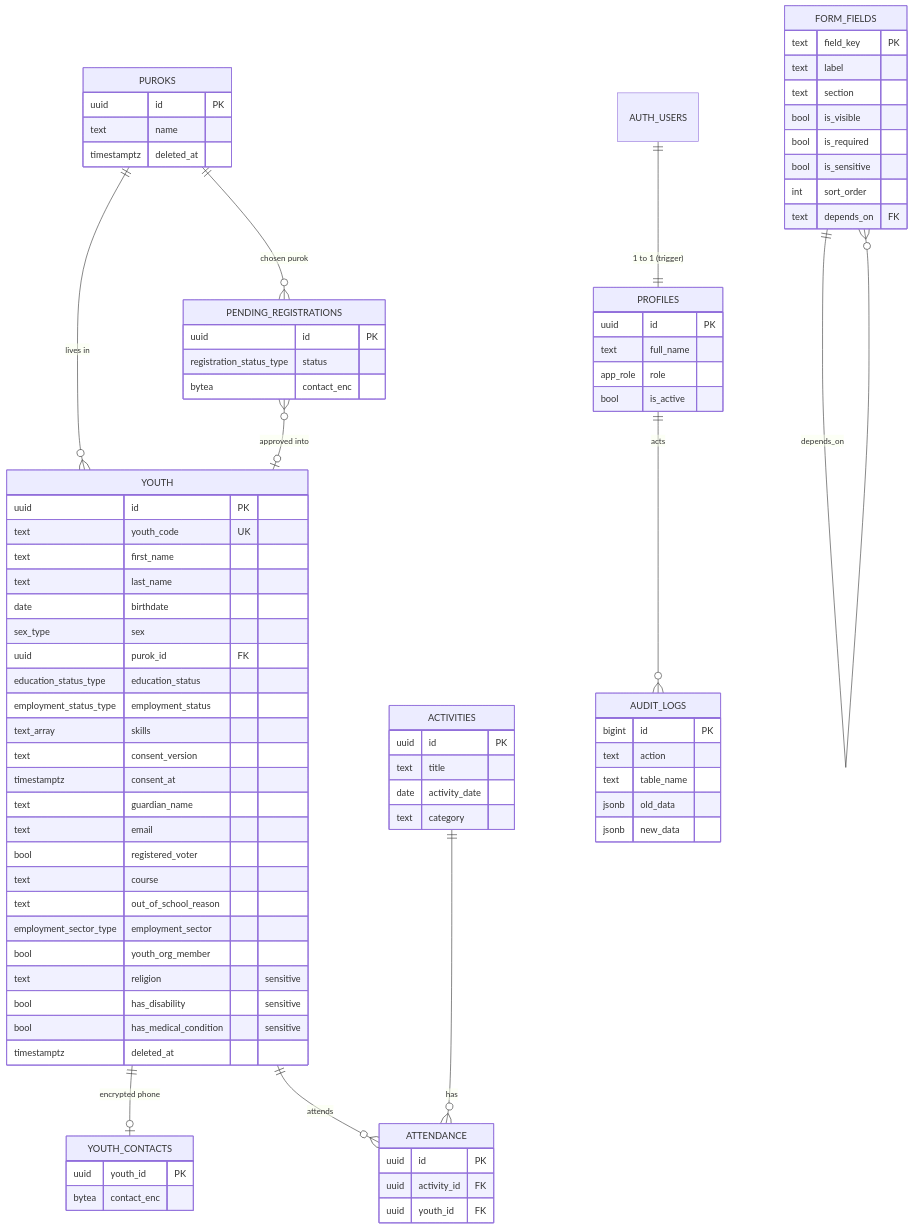
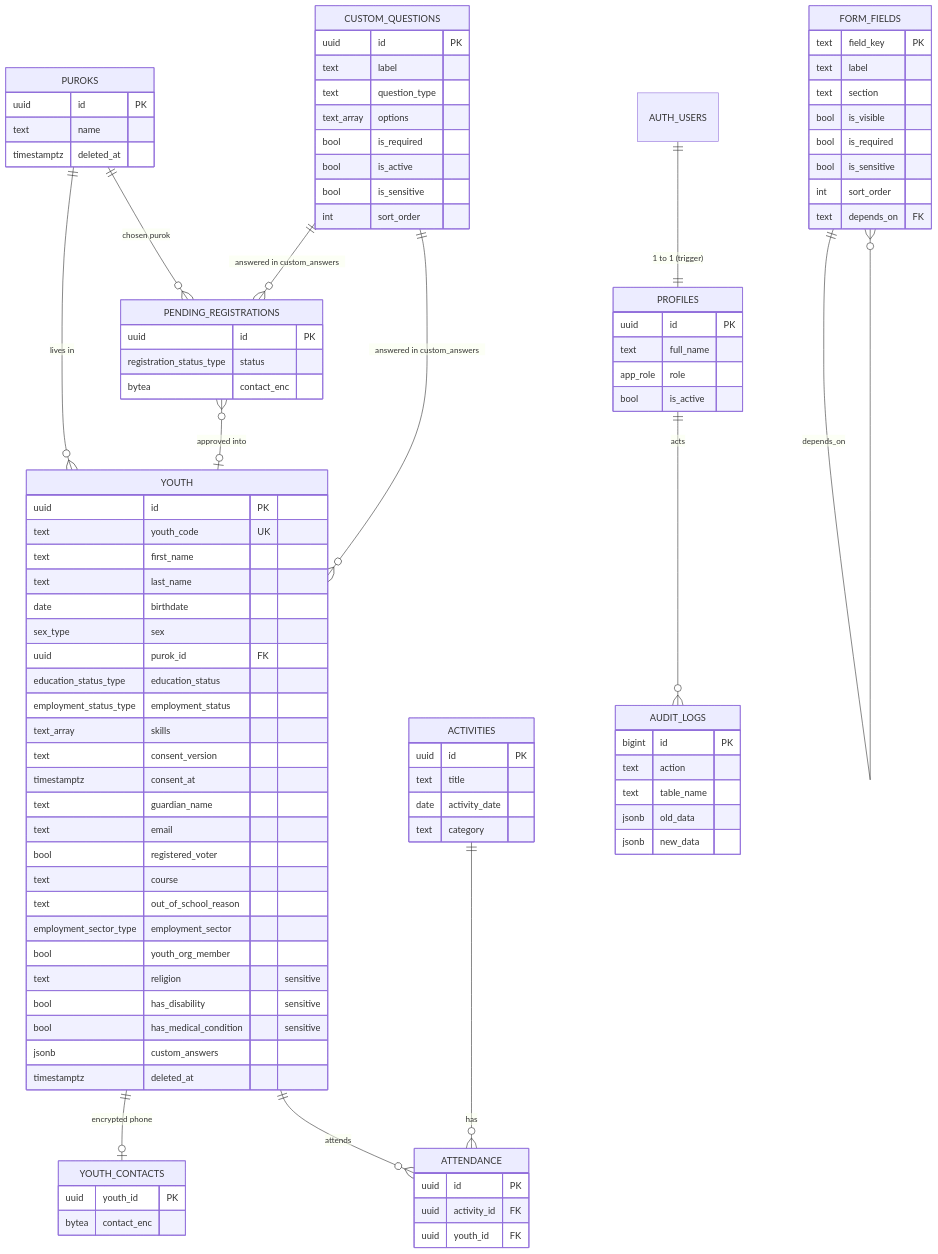
Before and after one commit to ginsemanero-alt/kk-youth: the diagram in docs/02-database-erd.md, drawn with Mermaid. The commit also changed other lines of this file and 24 other files, not shown here.

First line of the commit message:
Add Admin custom questions (Phase B)

````diff
--- a/docs/02-database-erd.md
+++ b/docs/02-database-erd.md
@@ -7,46 +7,50 @@
 ```mermaid
 erDiagram
   AUTH_USERS ||--|| PROFILES : "1 to 1 (trigger)"
   PUROKS ||--o{ YOUTH : "lives in"
   YOUTH ||--o| YOUTH_CONTACTS : "encrypted phone"
   YOUTH ||--o{ ATTENDANCE : attends
   ACTIVITIES ||--o{ ATTENDANCE : has
   PUROKS ||--o{ PENDING_REGISTRATIONS : "chosen purok"
   PENDING_REGISTRATIONS }o--o| YOUTH : "approved into"
   PROFILES ||--o{ AUDIT_LOGS : "acts"
   FORM_FIELDS ||--o{ FORM_FIELDS : "depends_on"
+  CUSTOM_QUESTIONS ||--o{ YOUTH : "answered in custom_answers"
+  CUSTOM_QUESTIONS ||--o{ PENDING_REGISTRATIONS : "answered in custom_answers"
 
   PROFILES { uuid id PK text full_name app_role role bool is_active }
   PUROKS { uuid id PK text name timestamptz deleted_at }
   YOUTH {
     uuid id PK
     text youth_code UK
     text first_name
     text last_name
     date birthdate
     sex_type sex
     uuid purok_id FK
     education_status_type education_status
     employment_status_type employment_status
     text_array skills
     text consent_version
     timestamptz consent_at
     text guardian_name
     text email
     bool registered_voter
     text course
     text out_of_school_reason
     employment_sector_type employment_sector
     bool youth_org_member
     text religion "sensitive"
     bool has_disability "sensitive"
     bool has_medical_condition "sensitive"
+    jsonb custom_answers
     timestamptz deleted_at
   }
+  CUSTOM_QUESTIONS { uuid id PK text label text question_type text_array options bool is_required bool is_active bool is_sensitive int sort_order }
   FORM_FIELDS { text field_key PK text label text section bool is_visible bool is_required bool is_sensitive int sort_order text depends_on FK }
   YOUTH_CONTACTS { uuid youth_id PK bytea contact_enc }
   ACTIVITIES { uuid id PK text title date activity_date text category }
   ATTENDANCE { uuid id PK uuid activity_id FK uuid youth_id FK }
   PENDING_REGISTRATIONS { uuid id PK registration_status_type status bytea contact_enc }
   AUDIT_LOGS { bigint id PK text action text table_name jsonb old_data jsonb new_data }
 ```
````
